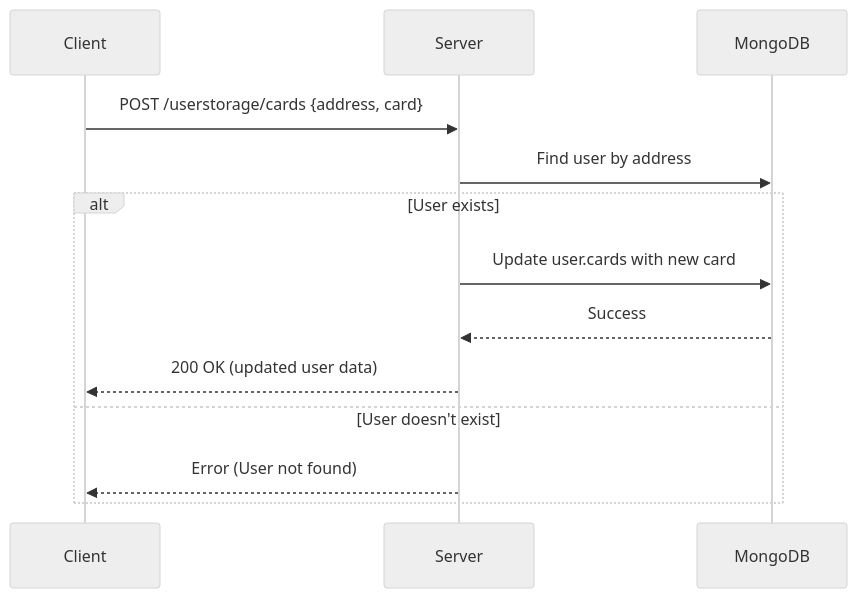
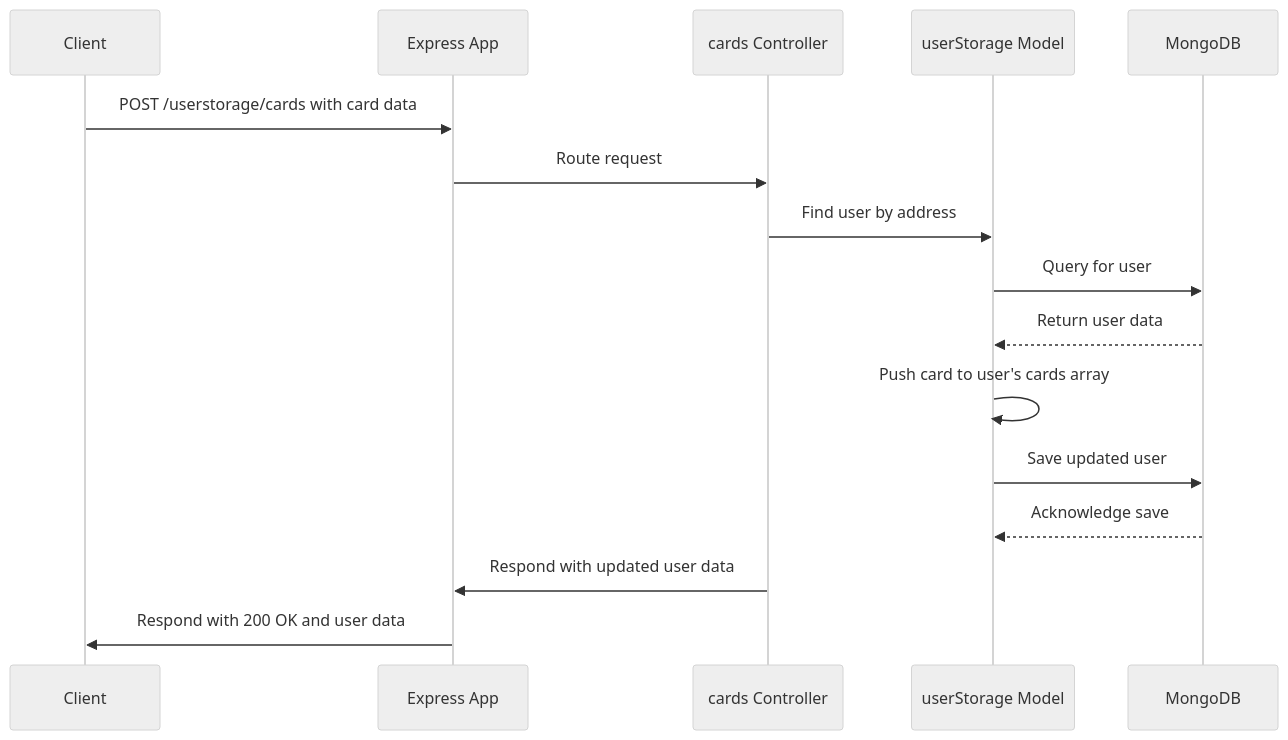
The second of 6 diagrams in demo.md (Omkar-Ghongade/Move-It-With-Aptos), drawn with Mermaid (neutral theme) before and after one commit. The commit also changed other lines of this file, not shown here.

````diff
--- a/demo.md
+++ b/demo.md
@@ -106,16 +129,19 @@
 ```mermaid
 sequenceDiagram
     participant Client
-    participant Server
+    participant Express App
+    participant cards Controller
+    participant userStorage Model
     participant MongoDB
 
-    Client->>Server: POST /userstorage/cards {address, card}
-    Server->>MongoDB: Find user by address
-    alt User exists
-        Server->>MongoDB: Update user.cards with new card
-        MongoDB-->>Server: Success
-        Server-->>Client: 200 OK (updated user data)
-    else User doesn't exist
-        Server-->>Client: Error (User not found)
-    end
+    Client->>Express App: POST /userstorage/cards with card data
+    Express App->>cards Controller: Route request
+    cards Controller->>userStorage Model: Find user by address
+    userStorage Model->>MongoDB: Query for user
+    MongoDB-->>userStorage Model: Return user data
+    userStorage Model->>userStorage Model: Push card to user's cards array
+    userStorage Model->>MongoDB: Save updated user
+    MongoDB-->>userStorage Model: Acknowledge save
+    cards Controller->>Express App: Respond with updated user data
+    Express App->>Client: Respond with 200 OK and user data
 ```
````
